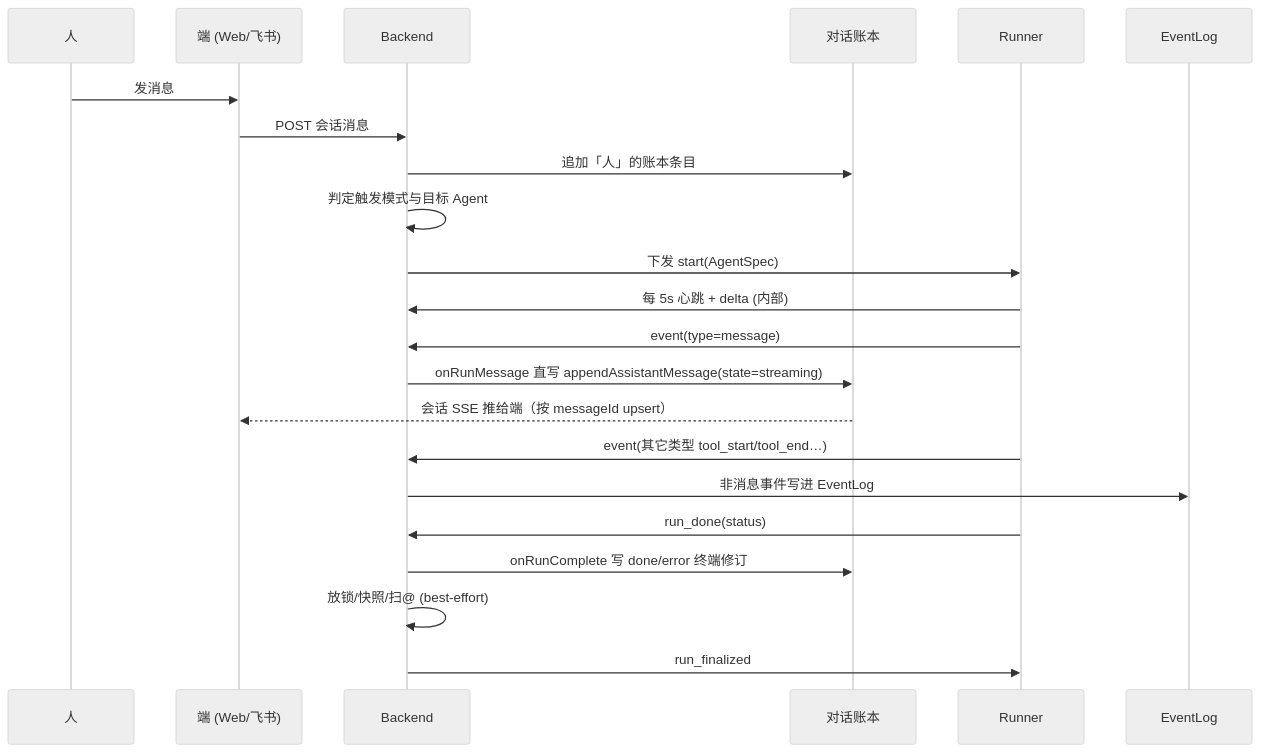
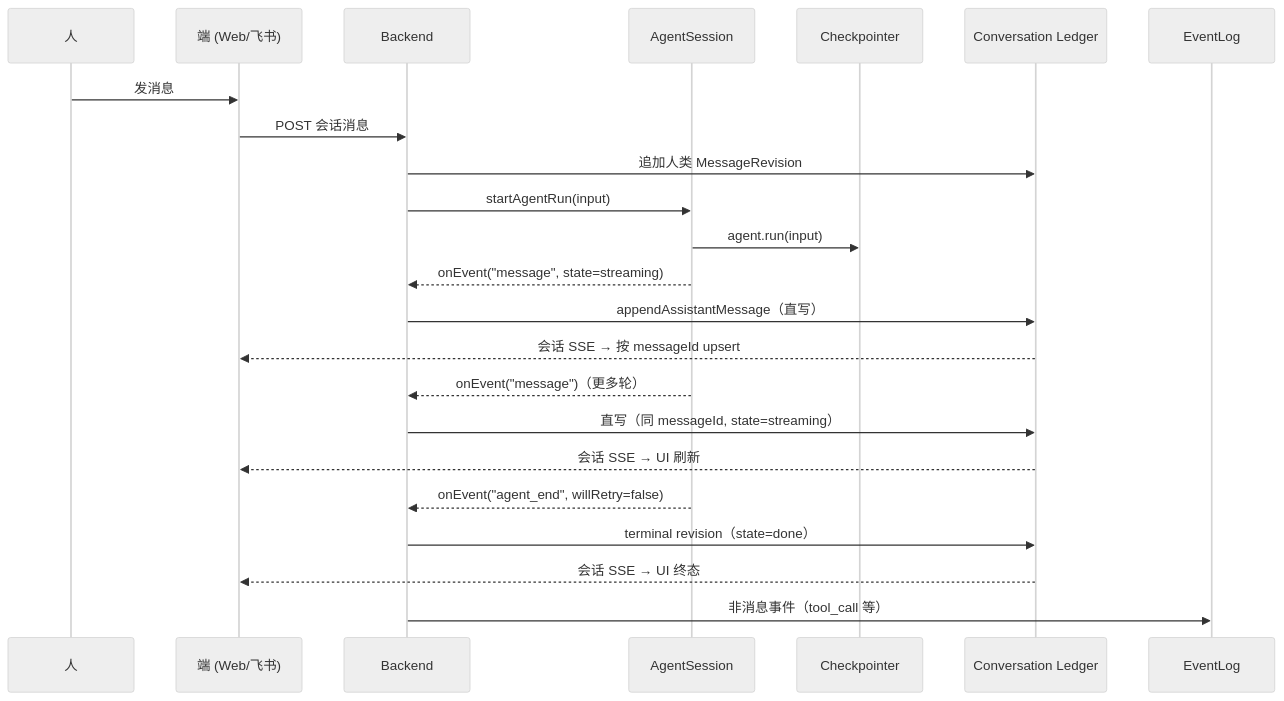
The second of 2 diagrams in docs/architecture/system-overview.md (Chengchcc/my-agent-team), drawn with Mermaid (neutral theme) before and after one commit. The commit also changed other lines of this file and 41 other files, not shown here.

````diff
--- a/docs/architecture/system-overview.md
+++ b/docs/architecture/system-overview.md
@@ -85,25 +74,26 @@
 ```mermaid
 sequenceDiagram
   participant H as 人
   participant S as 端 (Web/飞书)
   participant B as Backend
-  participant L as 对话账本
-  participant R as Runner
+  participant AS as AgentSession
+  participant CK as Checkpointer
+  participant L as Conversation Ledger
   participant E as EventLog
 
   H->>S: 发消息
   S->>B: POST 会话消息
-  B->>L: 追加「人」的账本条目
-  B->>B: 判定触发模式与目标 Agent
-  B->>R: 下发 start(AgentSpec)
-  R->>B: 每 5s 心跳 + delta (内部)
-  R->>B: event(type=message)
-  B->>L: onRunMessage 直写 appendAssistantMessage(state=streaming)
-  L-->>S: 会话 SSE 推给端（按 messageId upsert）
-  R->>B: event(其它类型 tool_start/tool_end…)
-  B->>E: 非消息事件写进 EventLog
-  R->>B: run_done(status)
-  B->>L: onRunComplete 写 done/error 终端修订
-  B->>B: 放锁/快照/扫@ (best-effort)
-  B->>R: run_finalized
+  B->>L: 追加人类 MessageRevision
+  B->>AS: startAgentRun(input)
+  AS->>CK: agent.run(input)
+  AS-->>B: onEvent("message", state=streaming)
+  B->>L: appendAssistantMessage（直写）
+  L-->>S: 会话 SSE → 按 messageId upsert
+  AS-->>B: onEvent("message")（更多轮）
+  B->>L: 直写（同 messageId, state=streaming）
+  L-->>S: 会话 SSE → UI 刷新
+  AS-->>B: onEvent("agent_end", willRetry=false)
+  B->>L: terminal revision（state=done）
+  L-->>S: 会话 SSE → UI 终态
+  B->>E: 非消息事件（tool_call 等）
 ```
````
